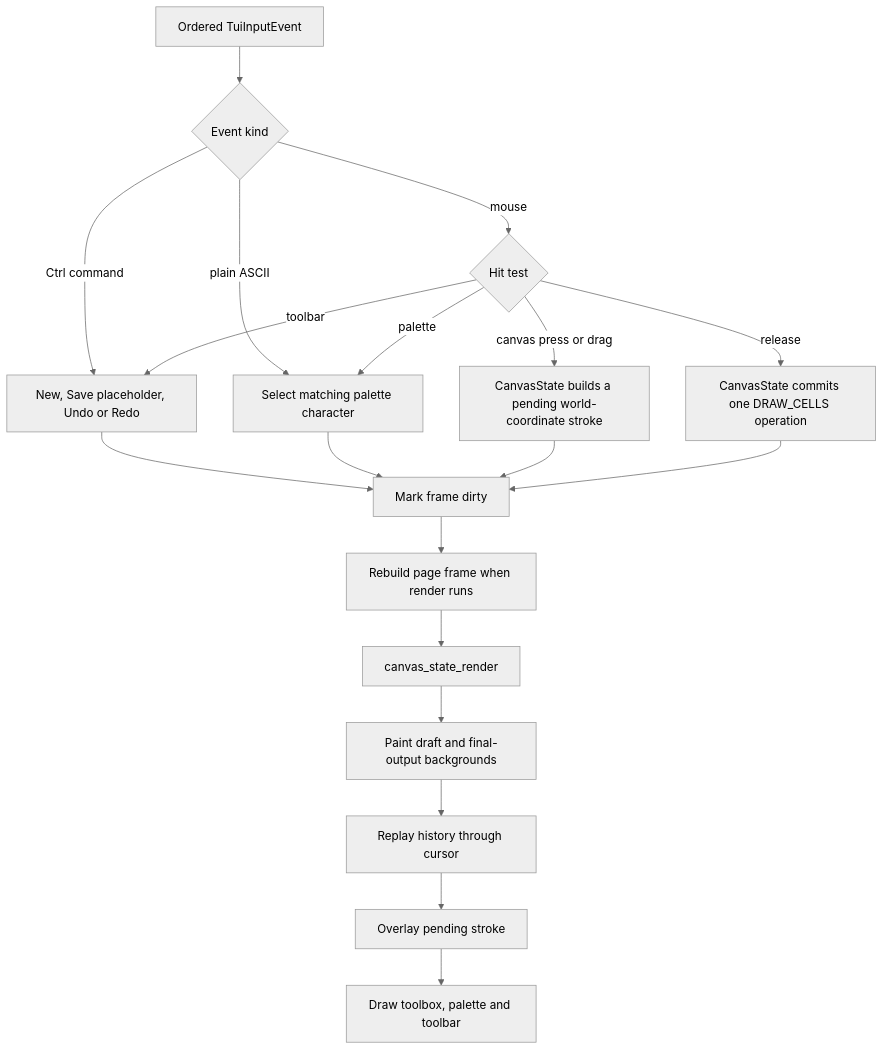
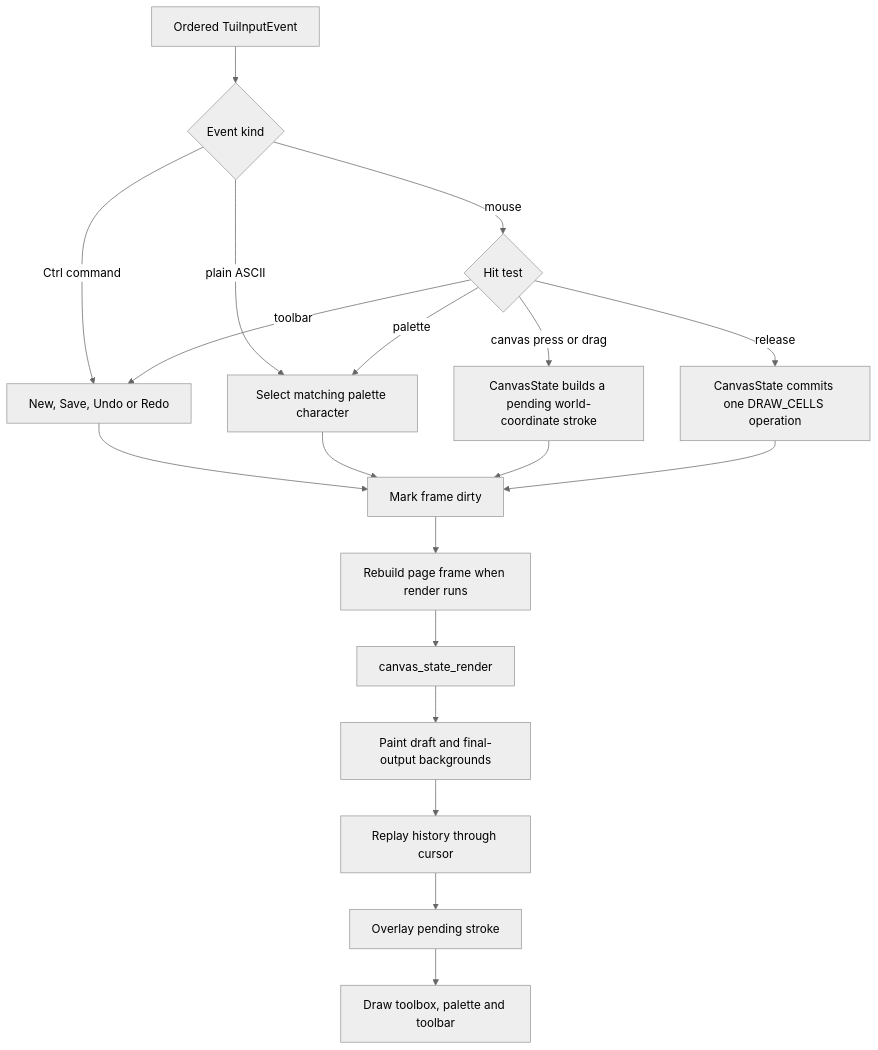
Before and after one commit to jeff31415/Tverse: the first of 2 diagrams in docs/pages/canvas.md, drawn with Mermaid (neutral theme). The commit also changed other lines of this file and 18 other files, not shown here.

````diff
--- a/docs/pages/canvas.md
+++ b/docs/pages/canvas.md
@@ -33,21 +35,21 @@
 ```mermaid
 flowchart TD
     Event["Ordered TuiInputEvent"] --> Kind{"Event kind"}
-    Kind -- "Ctrl command" --> Command["New, Save placeholder, Undo or Redo"]
+    Kind -- "Ctrl command" --> Command["New, Save, Undo or Redo"]
     Kind -- "plain ASCII" --> Select["Select matching palette character"]
     Kind -- "mouse" --> Hit{"Hit test"}
     Hit -- "palette" --> Select
     Hit -- "toolbar" --> Command
     Hit -- "canvas press or drag" --> Stroke["CanvasState builds a pending world-coordinate stroke"]
     Hit -- "release" --> Commit["CanvasState commits one DRAW_CELLS operation"]
     Command --> Dirty["Mark frame dirty"]
     Select --> Dirty
     Stroke --> Dirty
     Commit --> Dirty
     Dirty --> Render["Rebuild page frame when render runs"]
     Render --> StateRender["canvas_state_render"]
     StateRender --> Base["Paint draft and final-output backgrounds"]
     Base --> Replay["Replay history through cursor"]
     Replay --> Pending["Overlay pending stroke"]
     Pending --> Chrome["Draw toolbox, palette and toolbar"]
 ```
````
